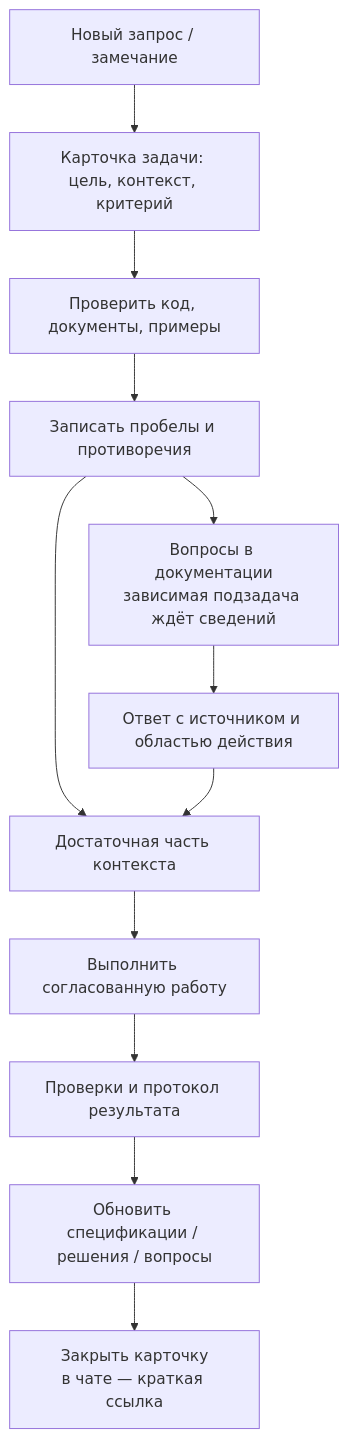
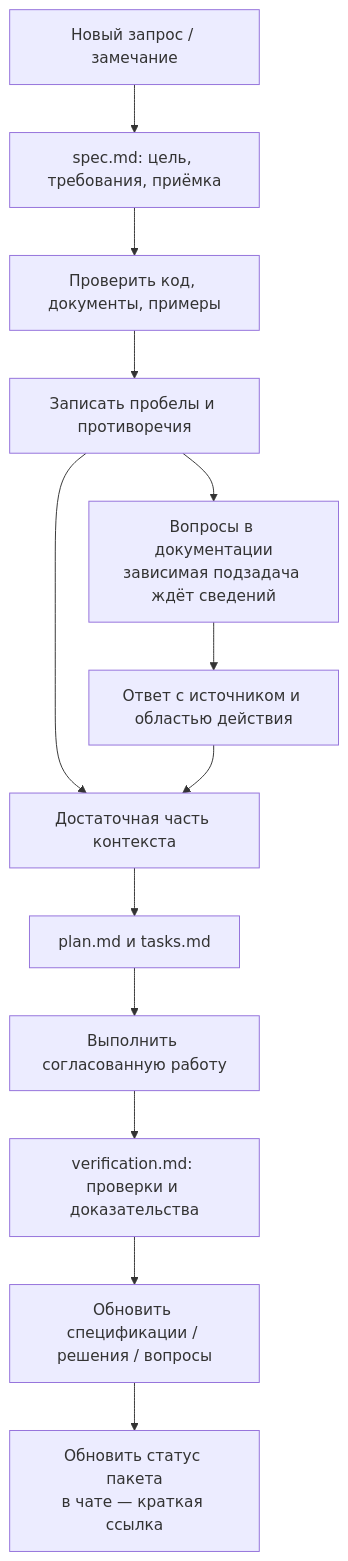
The first of 2 diagrams in docs/07-workflow-and-decisions.md (KovalenkoNS/scheme-xml-generator), drawn with Mermaid before and after one commit. The commit also changed other lines of this file and 543 other files, not shown here.

````diff
--- a/docs/07-workflow-and-decisions.md
+++ b/docs/07-workflow-and-decisions.md
@@ -15,14 +17,15 @@
 ```mermaid
 flowchart TB
-    REQ["Новый запрос / замечание"] --> TASK["Карточка задачи: цель, контекст, критерий"]
+    REQ["Новый запрос / замечание"] --> TASK["spec.md: цель, требования, приёмка"]
     TASK --> READ["Проверить код, документы, примеры"]
     READ --> GAP["Записать пробелы и противоречия"]
     GAP --> KNOWN["Достаточная часть контекста"]
     GAP --> QUESTION["Вопросы в документации\nзависимая подзадача ждёт сведений"]
     QUESTION --> ANSWER["Ответ с источником и областью действия"]
     ANSWER --> KNOWN
-    KNOWN --> CHANGE["Выполнить согласованную работу"]
-    CHANGE --> CHECK["Проверки и протокол результата"]
+    KNOWN --> PLAN["plan.md и tasks.md"]
+    PLAN --> CHANGE["Выполнить согласованную работу"]
+    CHANGE --> CHECK["verification.md: проверки и доказательства"]
     CHECK --> UPDATE["Обновить спецификации / решения / вопросы"]
-    UPDATE --> DONE["Закрыть карточку\nв чате — краткая ссылка"]
+    UPDATE --> DONE["Обновить статус пакета\nв чате — краткая ссылка"]
 ```
````
